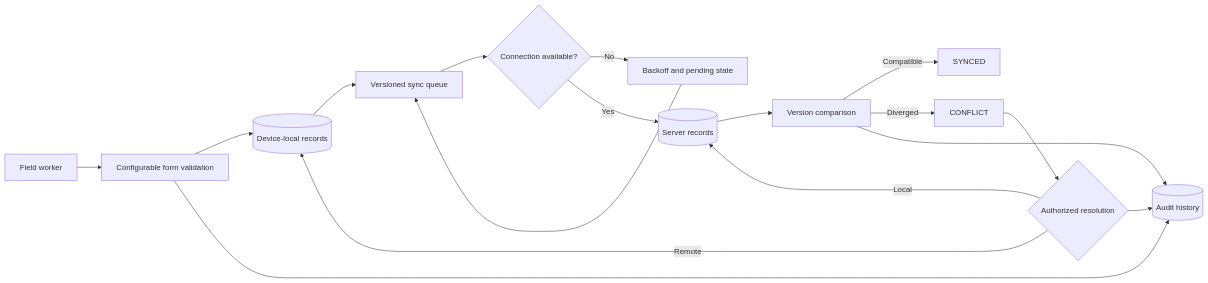
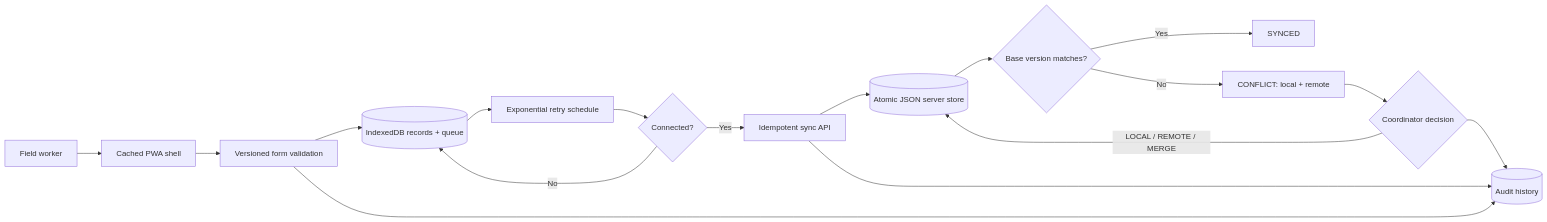
One commit to munashekwarai/openrelief changed the diagram in README.md. Above: the diagram before and after it, drawn with Mermaid. The commit also changed other lines of this file and 24 other files, not shown here.

Commit message:
feat: implement offline collection and conflict-safe sync

````diff
--- a/README.md
+++ b/README.md
@@ -21,17 +29,17 @@
 ```mermaid
 flowchart LR
-  Worker[Field worker] --> Form[Configurable form validation]
-  Form --> Local[(Device-local records)]
-  Local --> Queue[Versioned sync queue]
-  Queue --> Network{Connection available?}
-  Network -->|No| Retry[Backoff and pending state]
-  Retry --> Queue
-  Network -->|Yes| Server[(Server records)]
-  Server --> Compare[Version comparison]
-  Compare -->|Compatible| Synced[SYNCED]
-  Compare -->|Diverged| Conflict[CONFLICT]
-  Conflict --> Resolve{Authorized resolution}
-  Resolve -->|Local| Server
-  Resolve -->|Remote| Local
-  Form & Compare & Resolve --> Audit[(Audit history)]
+ Worker[Field worker] --> Shell[Cached PWA shell]
+ Shell --> Validate[Versioned form validation]
+ Validate --> Local[(IndexedDB records + queue)]
+ Local --> Retry[Exponential retry schedule]
+ Retry --> Network{Connected?}
+ Network -->|No| Local
+ Network -->|Yes| Sync[Idempotent sync API]
+ Sync --> Server[(Atomic JSON server store)]
+ Server --> Version{Base version matches?}
+ Version -->|Yes| Saved[SYNCED]
+ Version -->|No| Conflict[CONFLICT: local + remote]
+ Conflict --> Resolve{Coordinator decision}
+ Resolve -->|LOCAL / REMOTE / MERGE| Server
+ Validate & Sync & Resolve --> Audit[(Audit history)]
 ```
````
